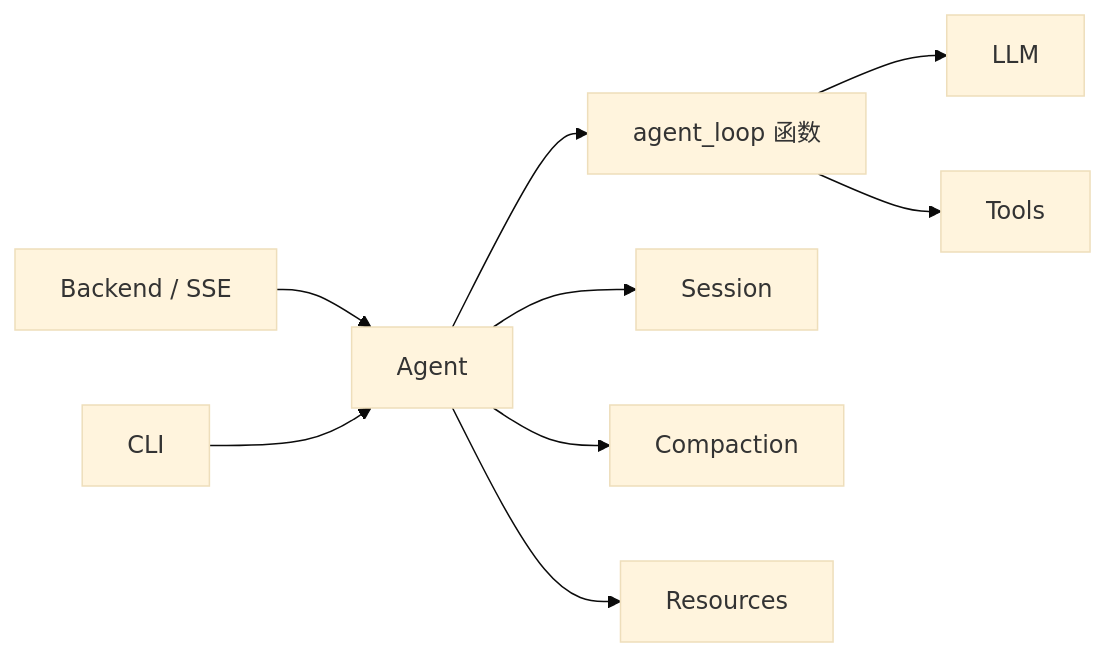
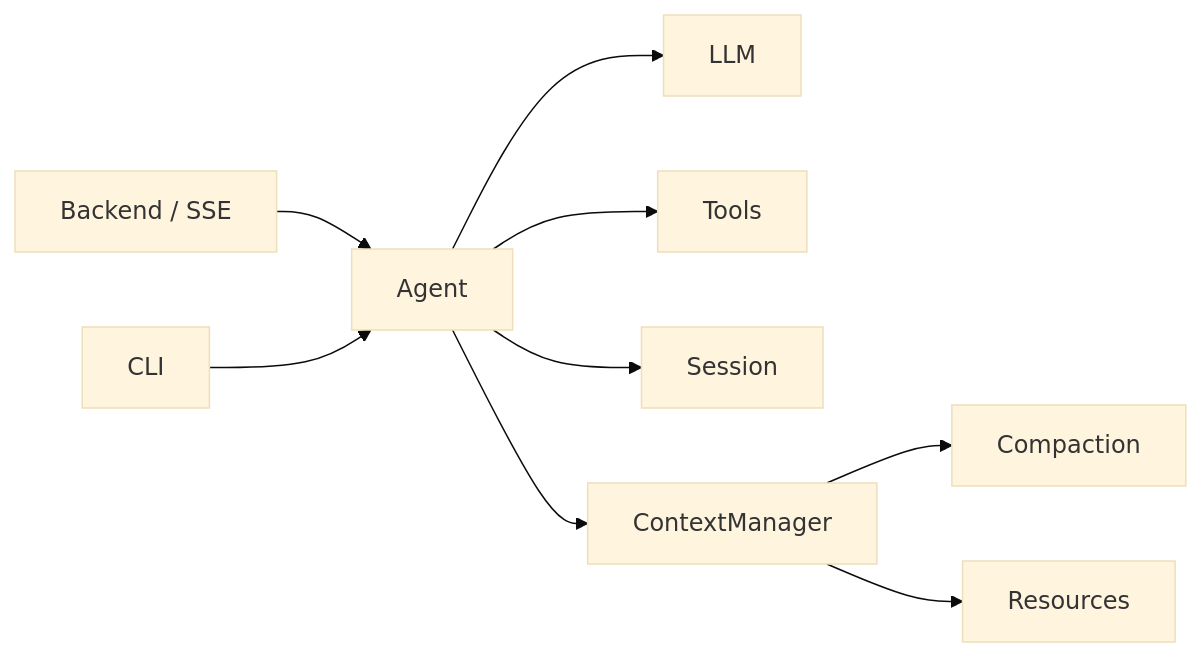
The first of 2 diagrams in docs/项目架构.md (Camelovee/Camel-Harness), drawn with Mermaid (base theme) before and after one commit. The commit also changed other lines of this file and 48 other files, not shown here.

Commit message:
refactor: unify agent lifecycle and trim tools

````diff
--- a/docs/项目架构.md
+++ b/docs/项目架构.md
@@ -17,11 +17,11 @@
 ```mermaid
 flowchart LR
     B[Backend / SSE] --> A[Agent]
     C[CLI] --> A
-    A --> L[agent_loop 函数]
-    L --> M[LLM]
-    L --> T[Tools]
+    A --> M[LLM]
+    A --> T[Tools]
     A --> S[Session]
-    A --> X[Compaction]
-    A --> R[Resources]
+    A --> Ctx[ContextManager]
+    Ctx --> X[Compaction]
+    Ctx --> R[Resources]
 ```
````
